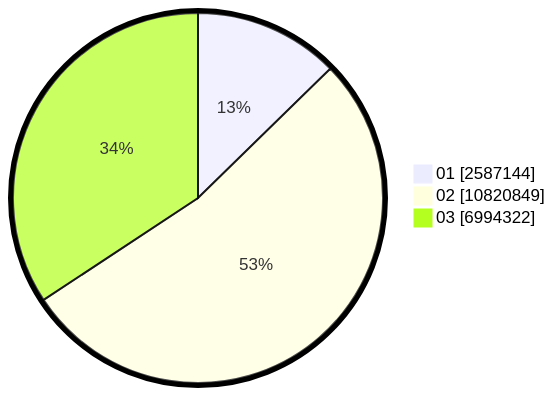
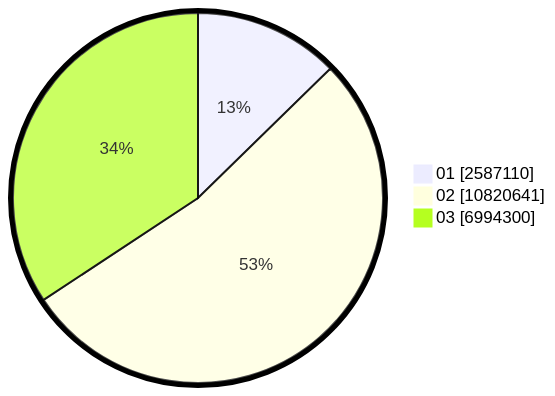
Before and after one commit to gigit-pemilu/pemilu-2024: the second of 2 diagrams in pilpres/hitung-suara/sub/table-wilayah-33.md, drawn with Mermaid. The commit also changed other lines of this file and 6 other files, not shown here.

````diff
--- a/pilpres/hitung-suara/sub/table-wilayah-33.md
+++ b/pilpres/hitung-suara/sub/table-wilayah-33.md
@@ -15,7 +15,7 @@
 ```mermaid
 %%{init: {"pie": {"textPosition": 0.5}, "themeVariables": {"pieOuterStrokeWidth": "5px"}} }%%
 pie showData
-    "01" : 2587144
-    "02" : 10820849
-    "03" : 6994322
+    "01" : 2587110
+    "02" : 10820641
+    "03" : 6994300
 ```
````
